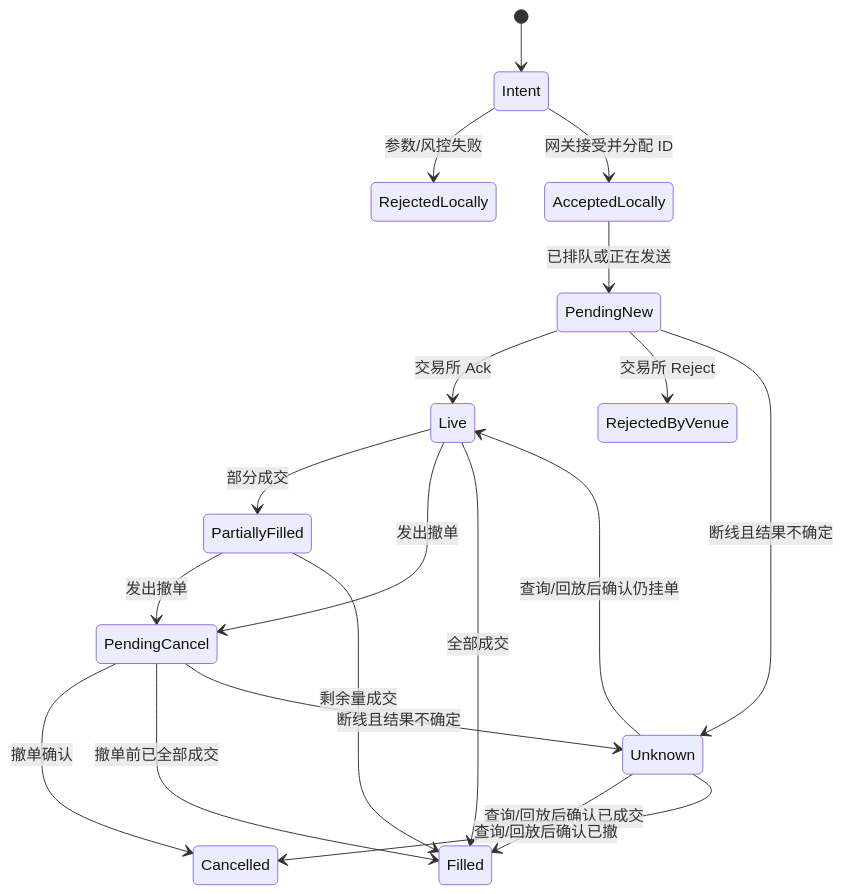
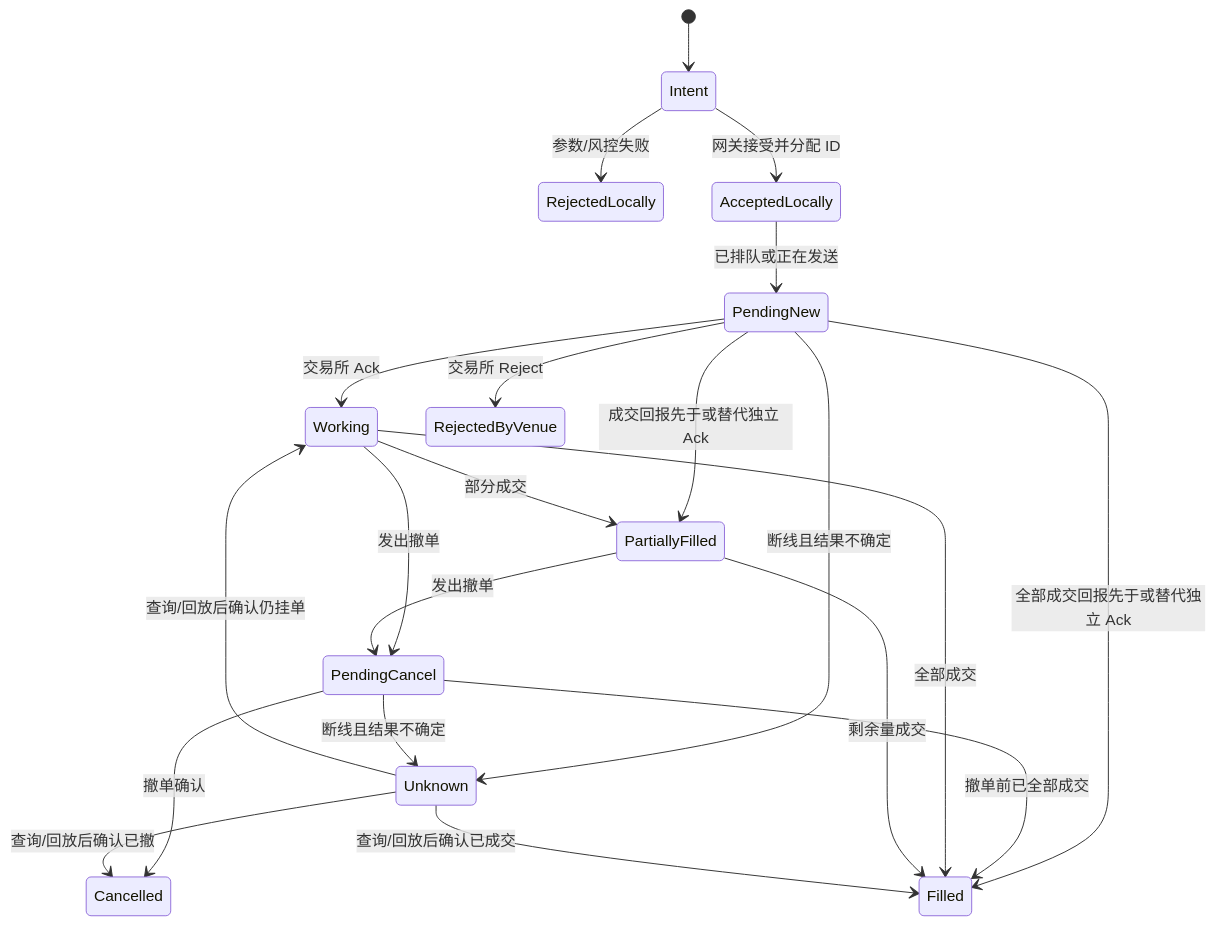
One commit to xizheyin/hft-book-rs changed the second of 2 diagrams in books/rust-hft/src/connectivity/order_routing.md. Above: the diagram before and after it, drawn with Mermaid. The commit also changed other lines of this file and 207 other files, not shown here.

````diff
--- a/books/rust-hft/src/connectivity/order_routing.md
+++ b/books/rust-hft/src/connectivity/order_routing.md
@@ -30,21 +30,23 @@
 ```mermaid
 stateDiagram-v2
     [*] --> Intent
     Intent --> RejectedLocally: 参数/风控失败
     Intent --> AcceptedLocally: 网关接受并分配 ID
     AcceptedLocally --> PendingNew: 已排队或正在发送
-    PendingNew --> Live: 交易所 Ack
+    PendingNew --> Working: 交易所 Ack
     PendingNew --> RejectedByVenue: 交易所 Reject
+    PendingNew --> PartiallyFilled: 成交回报先于或替代独立 Ack
+    PendingNew --> Filled: 全部成交回报先于或替代独立 Ack
     PendingNew --> Unknown: 断线且结果不确定
-    Live --> PartiallyFilled: 部分成交
-    Live --> PendingCancel: 发出撤单
+    Working --> PartiallyFilled: 部分成交
+    Working --> PendingCancel: 发出撤单
     PartiallyFilled --> PendingCancel: 发出撤单
     PendingCancel --> Cancelled: 撤单确认
     PendingCancel --> Filled: 撤单前已全部成交
     PendingCancel --> Unknown: 断线且结果不确定
-    Live --> Filled: 全部成交
+    Working --> Filled: 全部成交
     PartiallyFilled --> Filled: 剩余量成交
-    Unknown --> Live: 查询/回放后确认仍挂单
+    Unknown --> Working: 查询/回放后确认仍挂单
     Unknown --> Filled: 查询/回放后确认已成交
     Unknown --> Cancelled: 查询/回放后确认已撤
 ```
````
